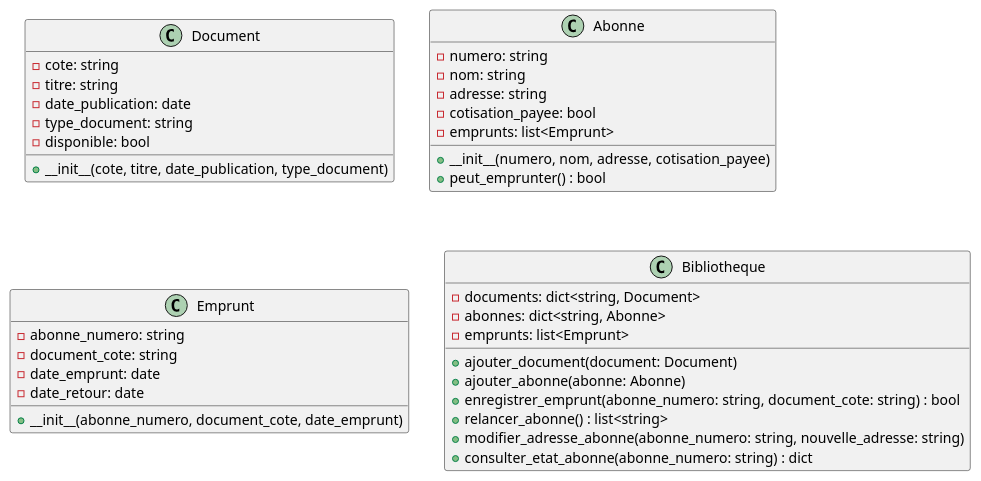
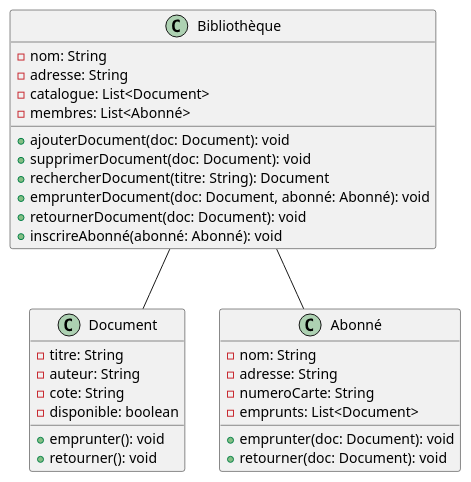
The diagram in diagramme_classe_mediatheque.plantuml (clemence95/CDA24178), drawn with PlantUML before and after one commit. The commit also changed other lines of this file, not shown here.

```diff
--- a/diagramme_classe_mediatheque.plantuml
+++ b/diagramme_classe_mediatheque.plantuml
@@ -1,41 +1,40 @@
-@startuml GestionBibliotheque
+@startuml Bibliothèque
+
+class Bibliothèque {
+    - nom: String
+    - adresse: String
+    - catalogue: List<Document>
+    - membres: List<Abonné>
+
+    + ajouterDocument(doc: Document): void
+    + supprimerDocument(doc: Document): void
+    + rechercherDocument(titre: String): Document
+    + emprunterDocument(doc: Document, abonné: Abonné): void
+    + retournerDocument(doc: Document): void
+    + inscrireAbonné(abonné: Abonné): void
+}
 
 class Document {
-  - cote: string
-  - titre: string
-  - date_publication: date
-  - type_document: string
-  - disponible: bool
-  + __init__(cote, titre, date_publication, type_document)
+    - titre: String
+    - auteur: String
+    - cote: String
+    - disponible: boolean
+
+    + emprunter(): void
+    + retourner(): void
 }
 
-class Abonne {
-  - numero: string
-  - nom: string
-  - adresse: string
-  - cotisation_payee: bool
-  - emprunts: list<Emprunt>
-  + __init__(numero, nom, adresse, cotisation_payee)
-  + peut_emprunter() : bool
+class Abonné {
+    - nom: String
+    - adresse: String
+    - numeroCarte: String
+    - emprunts: List<Document>
+
+    + emprunter(doc: Document): void
+    + retourner(doc: Document): void
 }
 
-class Emprunt {
-  - abonne_numero: string
-  - document_cote: string
-  - date_emprunt: date
-  - date_retour: date
-  + __init__(abonne_numero, document_cote, date_emprunt)
-}
+Bibliothèque -- Document
+Bibliothèque -- Abonné
 
-class Bibliotheque {
-  - documents: dict<string, Document>
-  - abonnes: dict<string, Abonne>
-  - emprunts: list<Emprunt>
-  + ajouter_document(document: Document)
-  + ajouter_abonne(abonne: Abonne)
-  + enregistrer_emprunt(abonne_numero: string, document_cote: string) : bool
-  + relancer_abonne() : list<string>
-  + modifier_adresse_abonne(abonne_numero: string, nouvelle_adresse: string)
-  + consulter_etat_abonne(abonne_numero: string) : dict
-}
 @enduml
```
